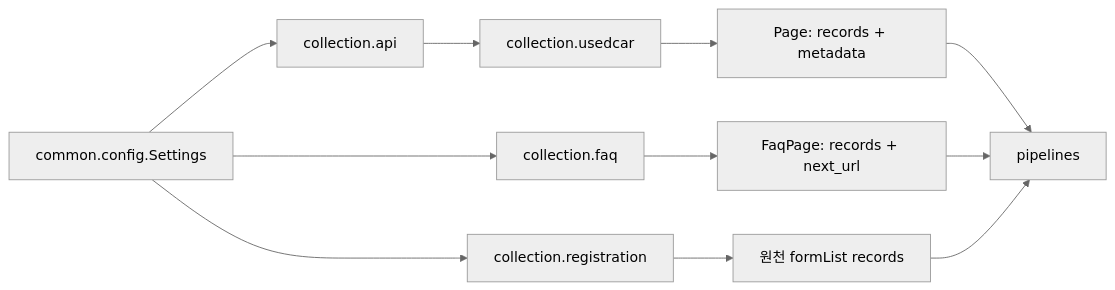
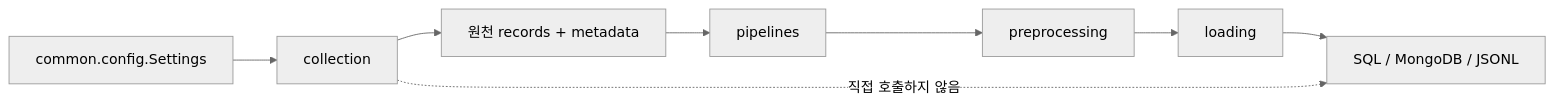
Before and after one commit to encore-ai-campus/mlo-01-p1-team3: the first of 4 diagrams in src/collection/README.md, drawn with Mermaid (neutral theme). The commit also changed other lines of this file and 8 other files, not shown here.

````diff
--- a/src/collection/README.md
+++ b/src/collection/README.md
@@ -20,13 +14,10 @@
 ```mermaid
 flowchart LR
-    Settings["common.config.Settings"] --> Api["collection.api"]
-    Api --> UsedCar["collection.usedcar"]
-    Settings --> FAQ["collection.faq"]
-    Settings --> Registration["collection.registration"]
-    UsedCar --> Page["Page: records + metadata"]
-    FAQ --> FaqPage["FaqPage: records + next_url"]
-    Registration --> RegPage["원천 formList records"]
-    Page --> Pipeline["pipelines"]
-    FaqPage --> Pipeline
-    RegPage --> Pipeline
+    Settings["common.config.Settings"] --> Collection["collection"]
+    Collection --> Envelope["원천 records + metadata"]
+    Envelope --> Pipelines["pipelines"]
+    Pipelines --> Preprocessing["preprocessing"]
+    Preprocessing --> Loading["loading"]
+    Loading --> Stores["SQL / MongoDB / JSONL"]
+    Collection -. "직접 호출하지 않음" .-> Stores
 ```
````
